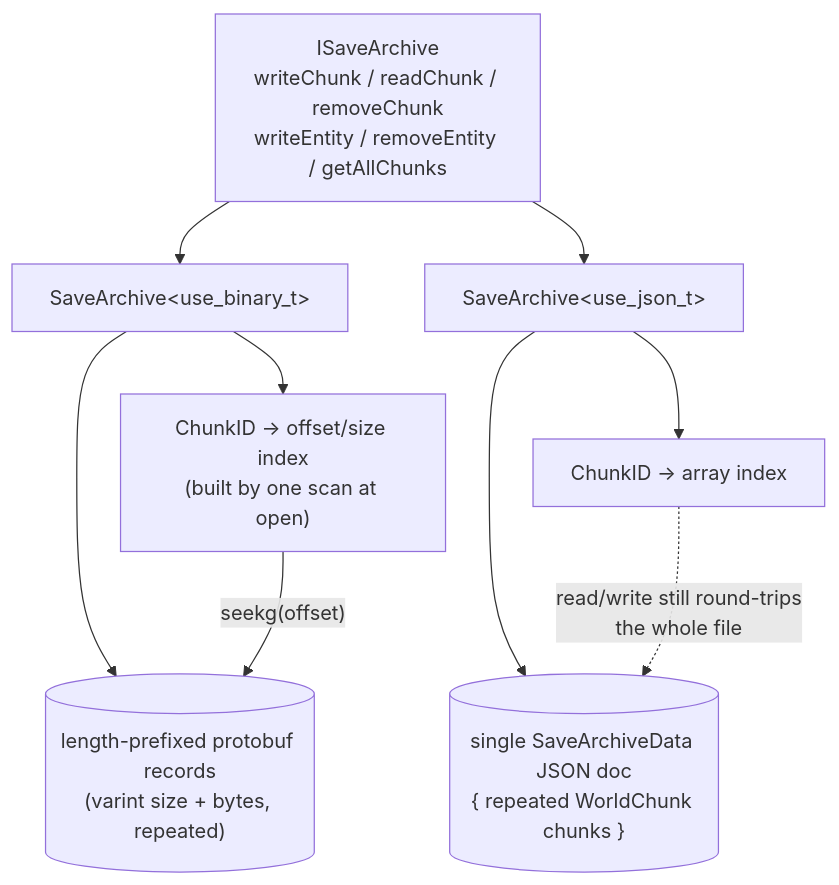
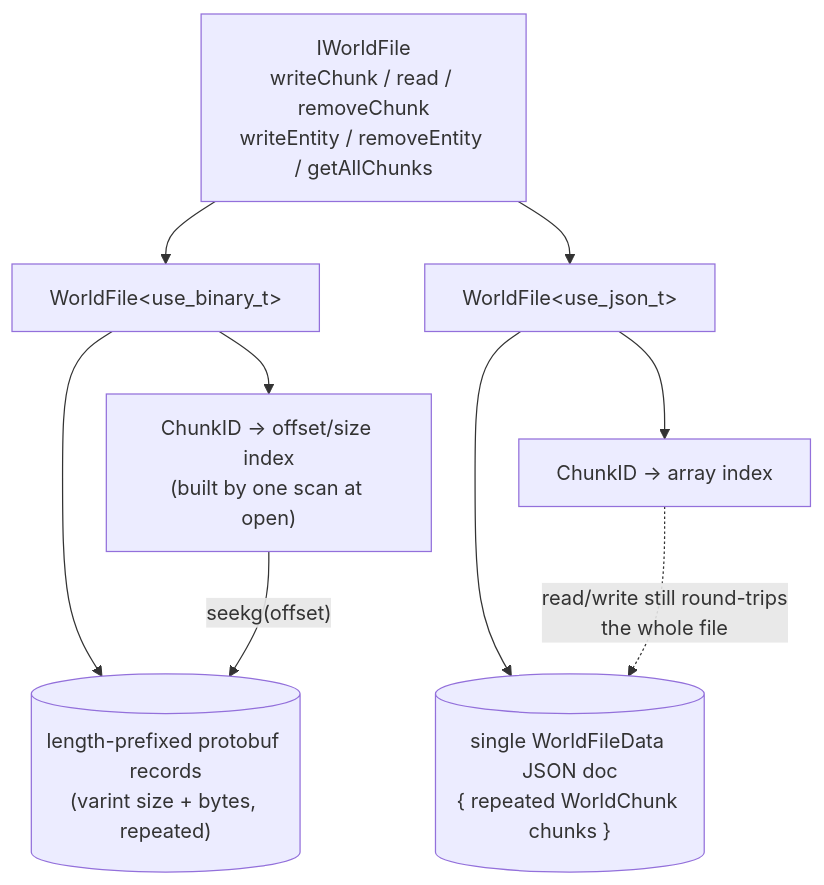
The second of 2 diagrams in engine/modules/File/README.md (MisterSawyer/astre), drawn with Mermaid before and after one commit. The commit also changed other lines of this file and 72 other files, not shown here.

````diff
--- a/engine/modules/File/README.md
+++ b/engine/modules/File/README.md
@@ -84,15 +90,15 @@
 ```mermaid
 flowchart TB
-    ISaveArchive["ISaveArchive\nwriteChunk / readChunk / removeChunk\nwriteEntity / removeEntity / getAllChunks"]
+    IWorldFile["IWorldFile\nwriteChunk / read / removeChunk\nwriteEntity / removeEntity / getAllChunks"]
 
-    ISaveArchive --> Binary["SaveArchive&lt;use_binary_t&gt;"]
-    ISaveArchive --> Json["SaveArchive&lt;use_json_t&gt;"]
+    IWorldFile --> Binary["WorldFile&lt;use_binary_t&gt;"]
+    IWorldFile --> Json["WorldFile&lt;use_json_t&gt;"]
 
     Binary --> BinFile[("length-prefixed protobuf records\n(varint size + bytes, repeated)")]
     Binary --> BinIndex["ChunkID -> offset/size index\n(built by one scan at open)"]
     BinIndex -->|"seekg(offset)"| BinFile
 
-    Json --> JsonFile[("single SaveArchiveData JSON doc\n{ repeated WorldChunk chunks }")]
+    Json --> JsonFile[("single WorldFileData JSON doc\n{ repeated WorldChunk chunks }")]
     Json --> JsonIndex["ChunkID -> array index"]
     JsonIndex -.->|"read/write still round-trips\nthe whole file"| JsonFile
 ```
````
